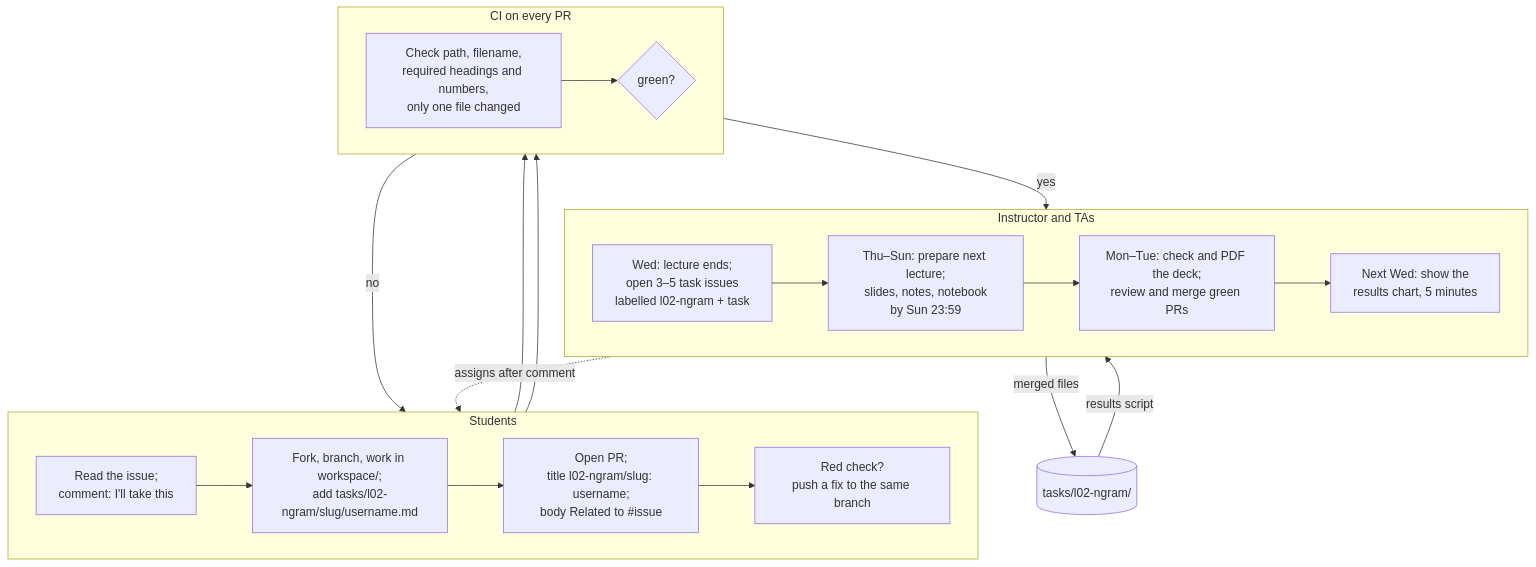
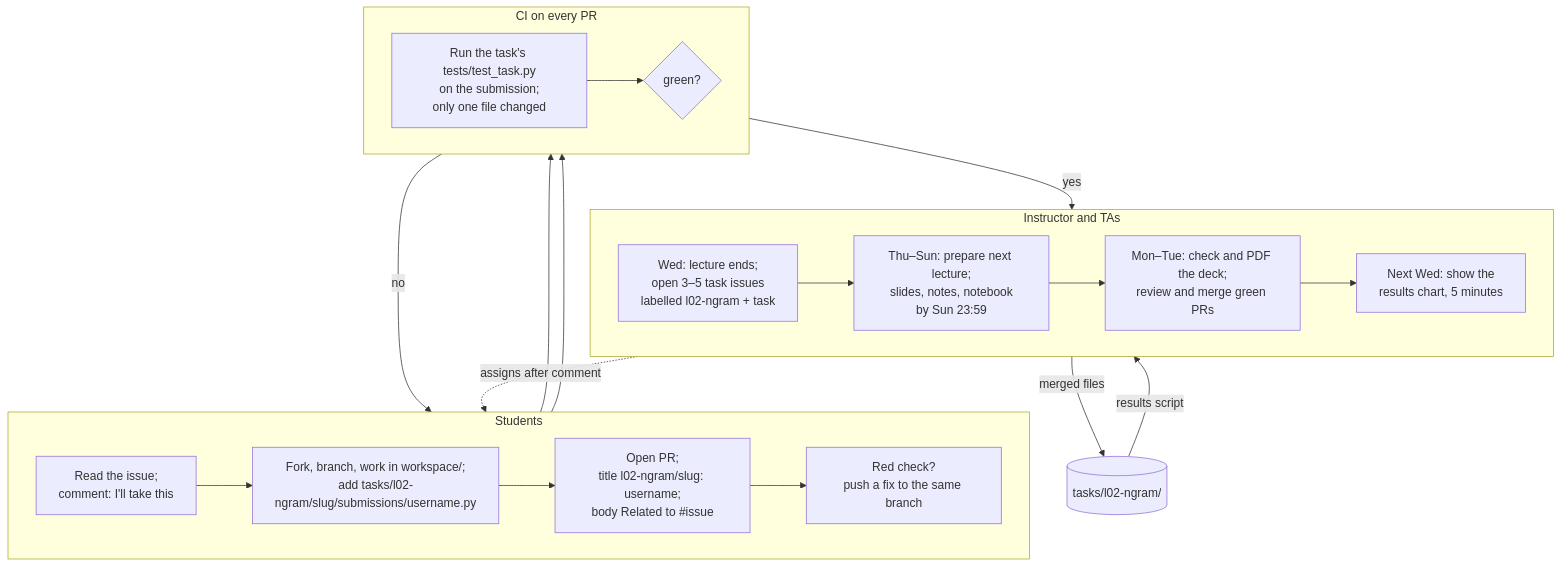
One commit to baojian/llm-26-fall changed the second of 3 diagrams in docs/participation-workflow.md. Above: the diagram before and after it, drawn with Mermaid. The commit also changed other lines of this file and 12 other files, not shown here.

First line of the commit message:
add the tasks folder, task template, example task, and tasks tool

````diff
--- a/docs/participation-workflow.md
+++ b/docs/participation-workflow.md
@@ -84,22 +84,22 @@
 ```mermaid
 flowchart TB
     subgraph I[Instructor and TAs]
         direction LR
         I1[Wed: lecture ends;\nopen 3–5 task issues\nlabelled l02-ngram + task] --> I2[Thu–Sun: prepare next lecture;\nslides, notes, notebook\nby Sun 23:59] --> I3[Mon–Tue: check and PDF the deck;\nreview and merge green PRs] --> I4[Next Wed: show the\nresults chart, 5 minutes]
     end
     subgraph S[Students]
         direction LR
-        S1[Read the issue;\ncomment: I'll take this] --> S2[Fork, branch, work in workspace/;\nadd tasks/l02-ngram/slug/username.md] --> S3[Open PR;\ntitle l02-ngram/slug: username;\nbody Related to #issue] --> S4[Red check?\npush a fix to the same branch]
+        S1[Read the issue;\ncomment: I'll take this] --> S2[Fork, branch, work in workspace/;\nadd tasks/l02-ngram/slug/submissions/username.py] --> S3[Open PR;\ntitle l02-ngram/slug: username;\nbody Related to #issue] --> S4[Red check?\npush a fix to the same branch]
     end
     subgraph C[CI on every PR]
         direction LR
-        C1[Check path, filename,\nrequired headings and numbers,\nonly one file changed] --> C2{green?}
+        C1[Run the task's tests/test_task.py\non the submission;\nonly one file changed] --> C2{green?}
     end
     I1 -. assigns after comment .-> S1
     S3 --> C1
     S4 --> C1
     C2 -- no --> S4
     C2 -- yes --> I3
     I3 -- merged files --> R[(tasks/l02-ngram/)]
     R -- results script --> I4
 ```
````
